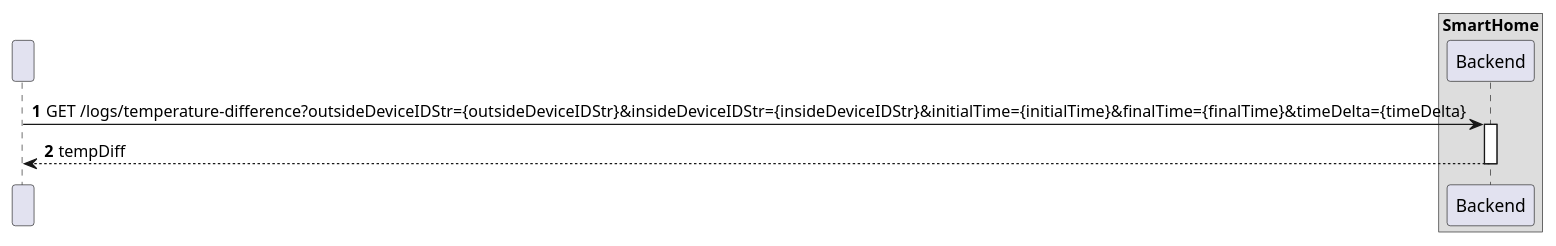
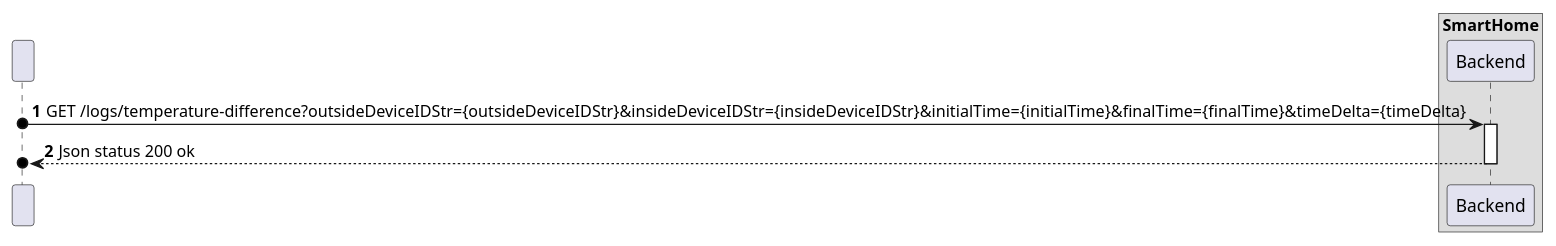
One commit to olivDiogo/SmartHome changed the diagram in docs/ooa/C4_4plus1_models/Level2/ProcessView/ProcessViewLevel2_UC13.puml. Above: the diagram before and after it, drawn with PlantUML. The commit also changed 5 other files, not shown here.

```diff
--- a/docs/ooa/C4_4plus1_models/Level2/ProcessView/ProcessViewLevel2_UC13.puml
+++ b/docs/ooa/C4_4plus1_models/Level2/ProcessView/ProcessViewLevel2_UC13.puml
@@ -1,24 +1,24 @@
 @startuml
 'https://plantuml.com/sequence-diagram
 !pragma layout smetana
 
 autonumber
 
 participant " " as HTTP
 
 box "SmartHome"
     participant "Backend" as BE
 
 end box
 
 
-HTTP -> BE : GET /logs/temperature-difference?outsideDeviceIDStr={outsideDeviceIDStr}&insideDeviceIDStr={insideDeviceIDStr}&initialTime={initialTime}&finalTime={finalTime}&timeDelta={timeDelta}
+HTTP o-> BE : GET /logs/temperature-difference?outsideDeviceIDStr={outsideDeviceIDStr}&insideDeviceIDStr={insideDeviceIDStr}&initialTime={initialTime}&finalTime={finalTime}&timeDelta={timeDelta}
 activate BE
 
 
-BE --> HTTP : tempDiff
+BE -->o HTTP : Json status 200 ok
 deactivate BE
 
 
 
 @enduml
```
